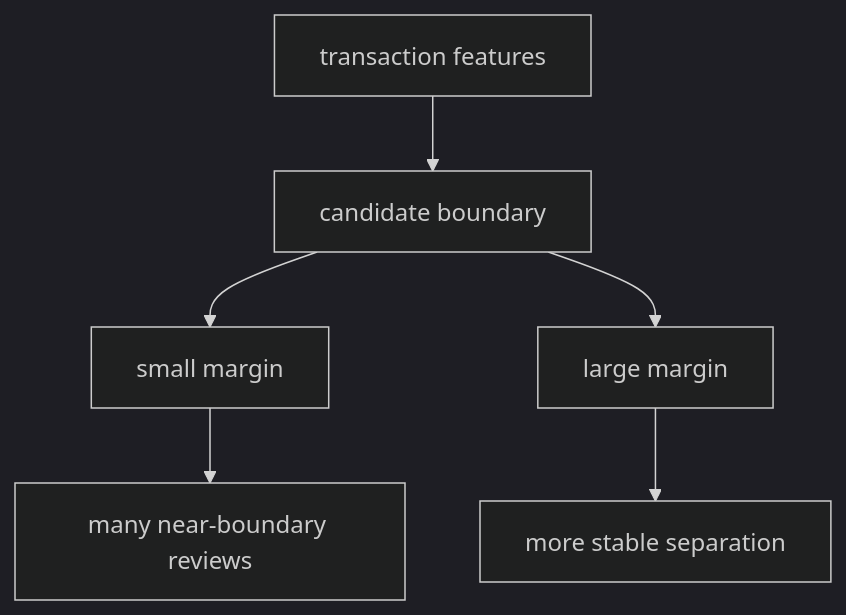
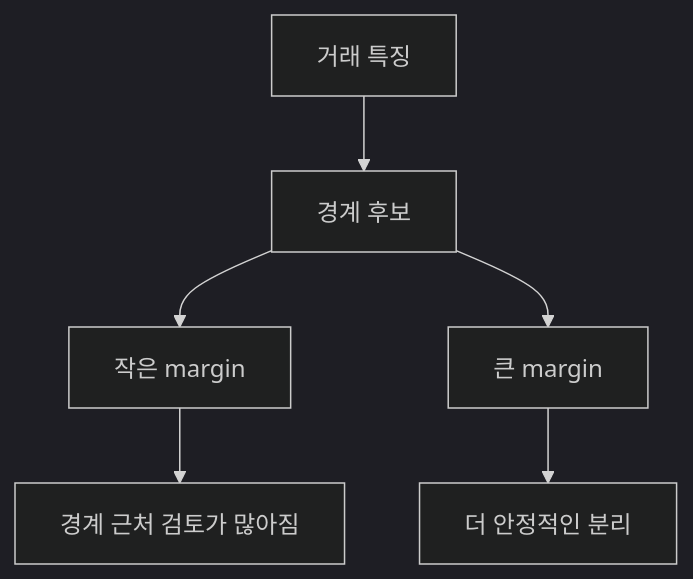
One commit to devchan64/AiBook changed the diagram in docs/assets/part-04/chapter-13/p4-13-1-mermaid-04-ko.mmd. Above: the diagram before and after it, drawn with Mermaid (dark theme). The commit also changed 279 other files, not shown here.

Commit message:
Localize Part 4 Korean and Chinese diagrams

```diff
--- a/docs/assets/part-04/chapter-13/p4-13-1-mermaid-04-ko.mmd
+++ b/docs/assets/part-04/chapter-13/p4-13-1-mermaid-04-ko.mmd
@@ -1,11 +1,11 @@
 flowchart TD
-  A["transaction features"]
-  B["candidate boundary"]
-  C["small margin"]
-  D["large margin"]
-  E["many near-boundary reviews"]
-  F["more stable separation"]
+  A["거래 특징"]
+  B["경계 후보"]
+  C["작은 margin"]
+  D["큰 margin"]
+  E["경계 근처 검토가 많아짐"]
+  F["더 안정적인 분리"]
 
   A --> B
   B --> C --> E
   B --> D --> F
```
